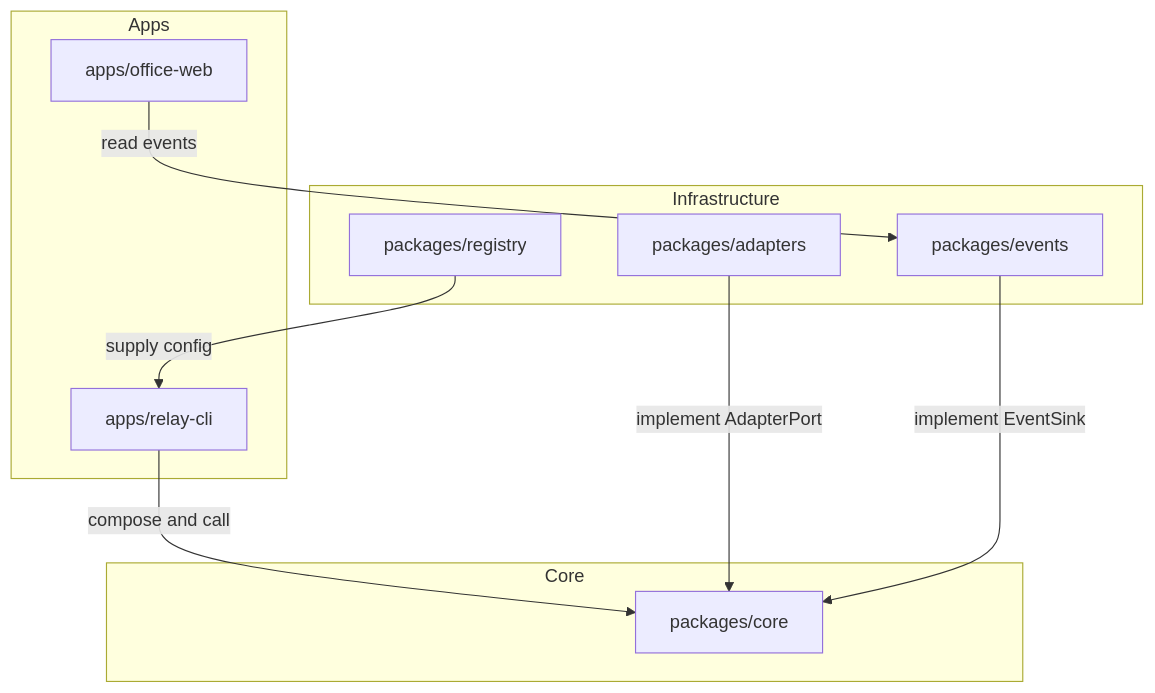
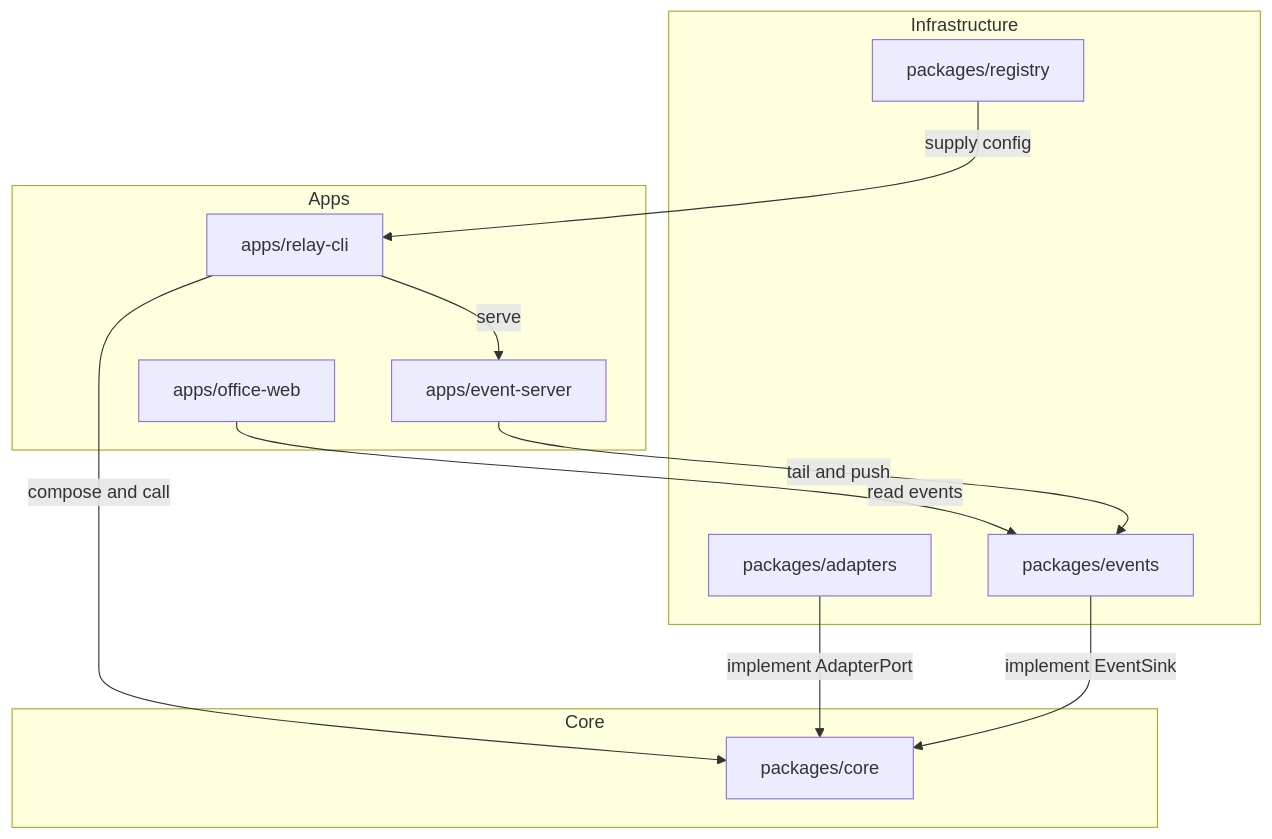
Before and after one commit to huowa-ai/grokbot-ai-office: the diagram in README.en.md, drawn with Mermaid. The commit also changed other lines of this file and 57 other files, not shown here.

First line of the commit message:
feat: 实时事件流与路线图

````diff
--- a/README.en.md
+++ b/README.en.md
@@ -31,20 +31,23 @@
 ```mermaid
 flowchart TB
   subgraph appLayer [Apps]
     cli[apps/relay-cli]
+    server[apps/event-server]
     web[apps/office-web]
   end
   subgraph coreLayer [Core]
     core[packages/core]
   end
   subgraph infraLayer [Infrastructure]
     adapters[packages/adapters]
     registry[packages/registry]
     events[packages/events]
   end
   cli -->|compose and call| core
   adapters -->|implement AdapterPort| core
   registry -->|supply config| cli
   events -->|implement EventSink| core
   web -->|read events| events
+  server -->|tail and push| events
+  cli -->|serve| server
 ```
````
